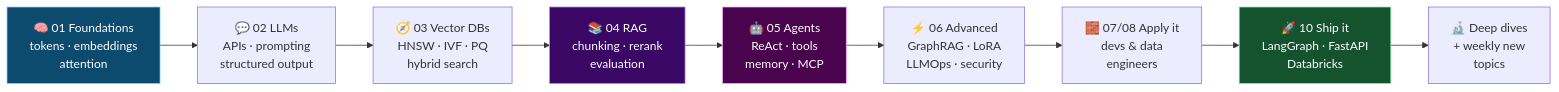
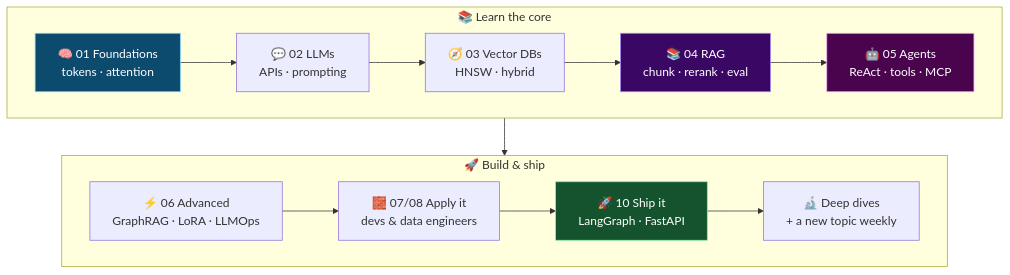
The first of 2 diagrams in README.md (alam0604/llm-rag-agentic-ai-learning), drawn with Mermaid before and after one commit. The commit also changed other lines of this file, not shown here.

Commit message:
README: two-row journey diagram, 2x2 code grid
Claude-Session: https://claude.ai/code/session_01VCf6wsjENz6X9Q8GLUxSYw

````diff
--- a/README.md
+++ b/README.md
@@ -58,15 +58,16 @@
 ```mermaid
-flowchart LR
-    A["🧠 01 Foundations<br/>tokens · embeddings<br/>attention"] --> B["💬 02 LLMs<br/>APIs · prompting<br/>structured output"]
-    B --> C["🧭 03 Vector DBs<br/>HNSW · IVF · PQ<br/>hybrid search"]
-    C --> D["📚 04 RAG<br/>chunking · rerank<br/>evaluation"]
-    D --> E["🤖 05 Agents<br/>ReAct · tools<br/>memory · MCP"]
-    E --> F["⚡ 06 Advanced<br/>GraphRAG · LoRA<br/>LLMOps · security"]
-    F --> G["🧱 07/08 Apply it<br/>devs & data<br/>engineers"]
-    G --> H["🚀 10 Ship it<br/>LangGraph · FastAPI<br/>Databricks"]
-    H --> I["🔬 Deep dives<br/>+ weekly new<br/>topics"]
+flowchart TB
+    subgraph L["📚 Learn the core"]
+        direction LR
+        A["🧠 01 Foundations<br/>tokens · attention"] --> B["💬 02 LLMs<br/>APIs · prompting"] --> C["🧭 03 Vector DBs<br/>HNSW · hybrid"] --> D["📚 04 RAG<br/>chunk · rerank · eval"] --> E["🤖 05 Agents<br/>ReAct · tools · MCP"]
+    end
+    subgraph S["🚀 Build & ship"]
+        direction LR
+        F["⚡ 06 Advanced<br/>GraphRAG · LoRA · LLMOps"] --> G["🧱 07/08 Apply it<br/>devs & data engineers"] --> H["🚀 10 Ship it<br/>LangGraph · FastAPI"] --> I["🔬 Deep dives<br/>+ a new topic weekly"]
+    end
+    L --> S
     style A fill:#0c4a6e,color:#fff,stroke:#7dd3fc
     style D fill:#3b0764,color:#fff,stroke:#a78bfa
     style E fill:#4a044e,color:#fff,stroke:#f0abfc
     style H fill:#14532d,color:#fff,stroke:#86efac
 ```
````
